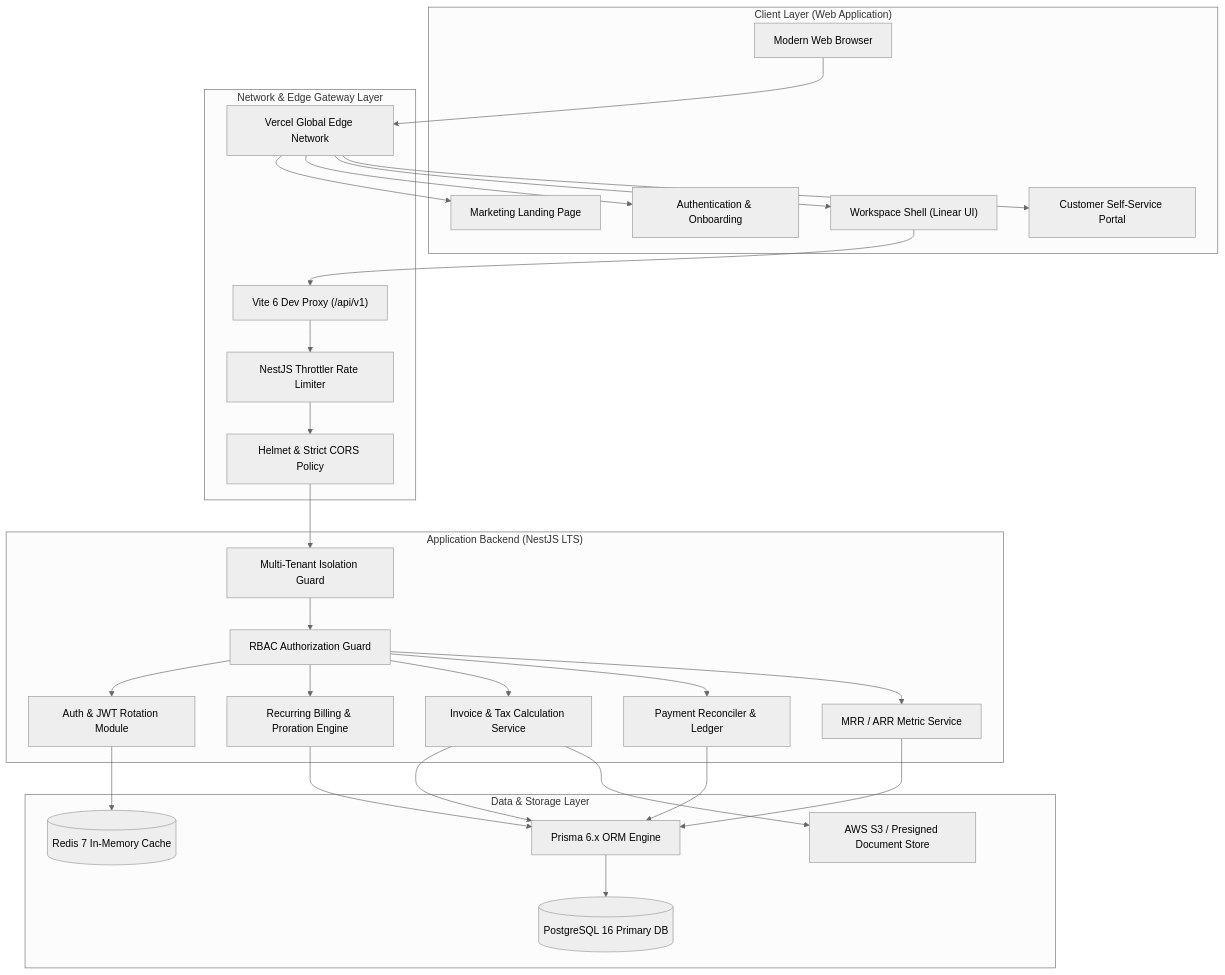
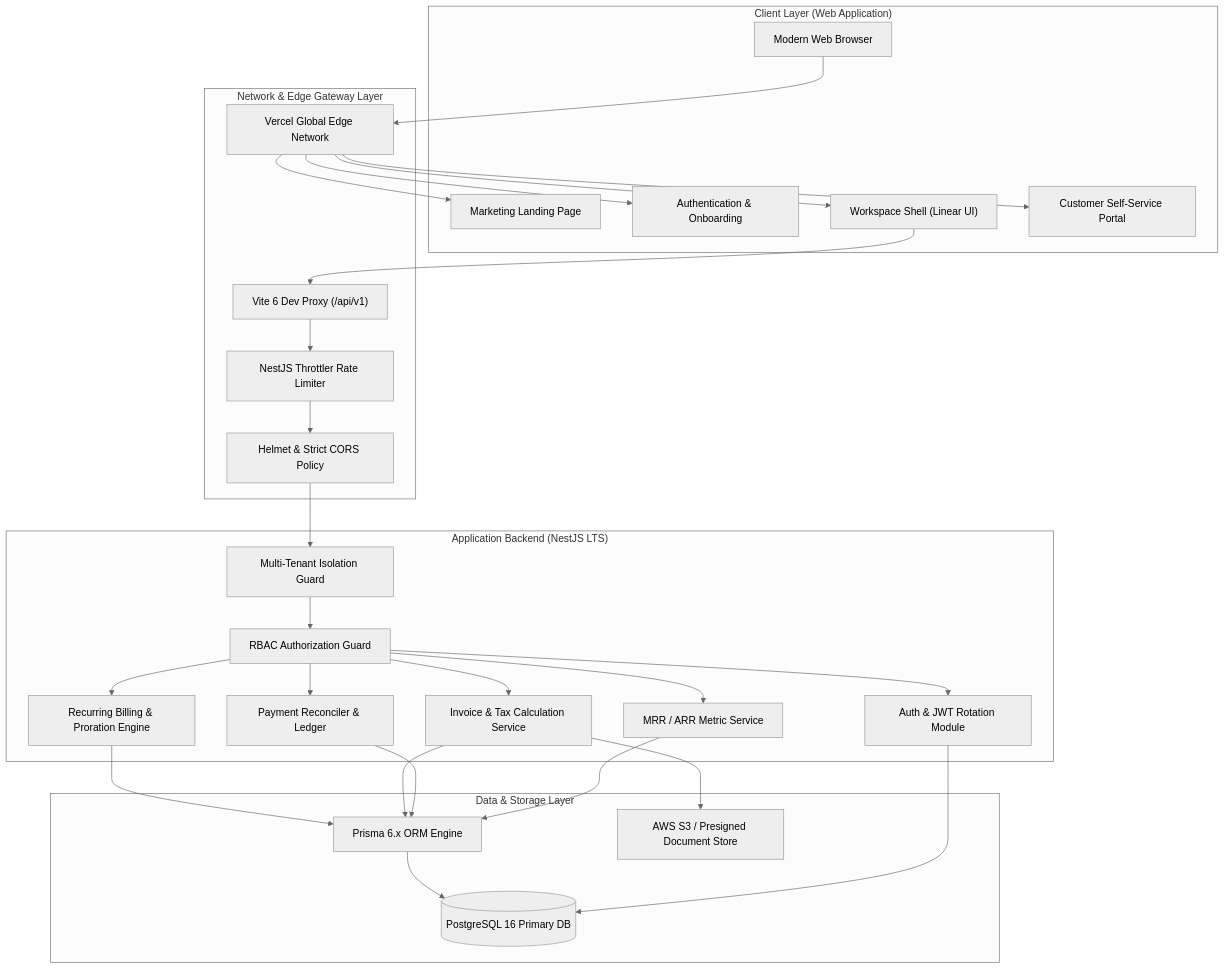
The first of 4 diagrams in README.md (shubh-dangi/brightloop), drawn with Mermaid (neutral theme) before and after one commit. The commit also changed other lines of this file and 49 other files, not shown here.

````diff
--- a/README.md
+++ b/README.md
@@ -58,61 +58,60 @@
 ```mermaid
 graph TD
     subgraph ClientLayer ["Client Layer (Web Application)"]
         Browser["Modern Web Browser"]
         Landing["Marketing Landing Page"]
         AuthApp["Authentication & Onboarding"]
         AppShell["Workspace Shell (Linear UI)"]
         PortalApp["Customer Self-Service Portal"]
     end
 
     subgraph GatewayLayer ["Network & Edge Gateway Layer"]
         VercelCDN["Vercel Global Edge Network"]
         ViteDevServer["Vite 6 Dev Proxy (/api/v1)"]
         RateLimiter["NestJS Throttler Rate Limiter"]
         SecurityHeaders["Helmet & Strict CORS Policy"]
     end
 
     subgraph ServiceLayer ["Application Backend (NestJS LTS)"]
         AuthModule["Auth & JWT Rotation Module"]
         TenantGuard["Multi-Tenant Isolation Guard"]
         RolesGuard["RBAC Authorization Guard"]
         BillingEngine["Recurring Billing & Proration Engine"]
         InvoiceEngine["Invoice & Tax Calculation Service"]
         PaymentReconciler["Payment Reconciler & Ledger"]
         AnalyticsService["MRR / ARR Metric Service"]
     end
 
     subgraph DataLayer ["Data & Storage Layer"]
         PrismaORM["Prisma 6.x ORM Engine"]
         PostgresDB[(PostgreSQL 16 Primary DB)]
-        RedisCache[(Redis 7 In-Memory Cache)]
         S3Storage["AWS S3 / Presigned Document Store"]
     end
 
     Browser --> VercelCDN
     VercelCDN --> Landing
     VercelCDN --> AuthApp
     VercelCDN --> AppShell
     VercelCDN --> PortalApp
 
     AppShell --> ViteDevServer
     ViteDevServer --> RateLimiter
     RateLimiter --> SecurityHeaders
     SecurityHeaders --> TenantGuard
     TenantGuard --> RolesGuard
 
     RolesGuard --> AuthModule
     RolesGuard --> BillingEngine
     RolesGuard --> InvoiceEngine
     RolesGuard --> PaymentReconciler
     RolesGuard --> AnalyticsService
 
     BillingEngine --> PrismaORM
     InvoiceEngine --> PrismaORM
     PaymentReconciler --> PrismaORM
     AnalyticsService --> PrismaORM
 
     PrismaORM --> PostgresDB
-    AuthModule --> RedisCache
+    AuthModule --> PostgresDB
     InvoiceEngine --> S3Storage
 ```
````
